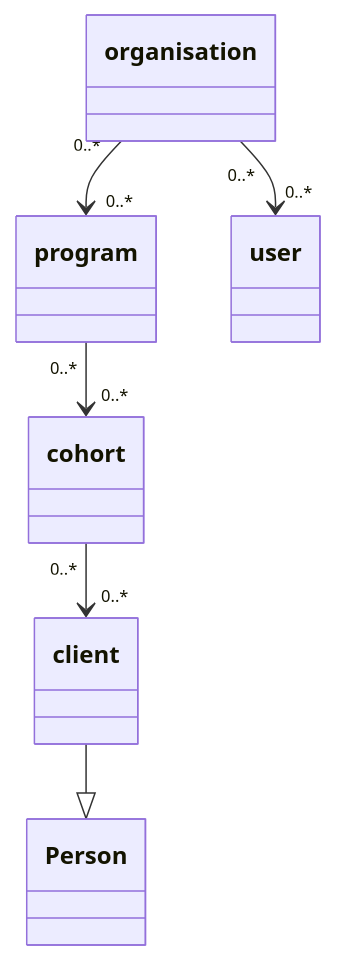
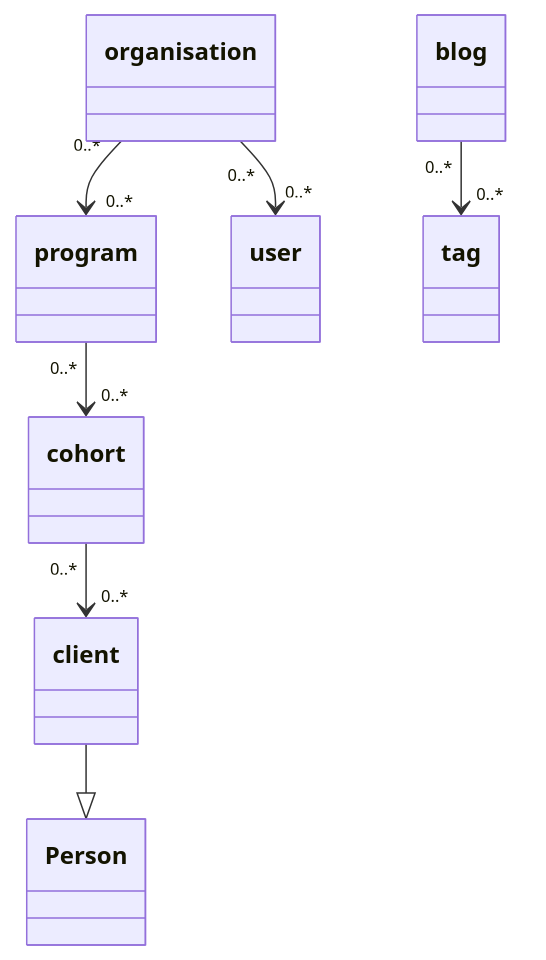
One commit to Qiksar/crudio changed the diagram in README.md. Above: the diagram before and after it, drawn with Mermaid. The commit also changed other lines of this file and 2 other files, not shown here.

````diff
--- a/README.md
+++ b/README.md
@@ -47,8 +62,9 @@
 ```mermaid
 classDiagram
 organisation "0..*"-->"0..*" program
 organisation "0..*"-->"0..*" user
 program "0..*" --> "0..*" cohort
 cohort "0..*" --> "0..*" client
+blog "0..*" --> "0..*" tag
 client --|> Person
 ```
````
